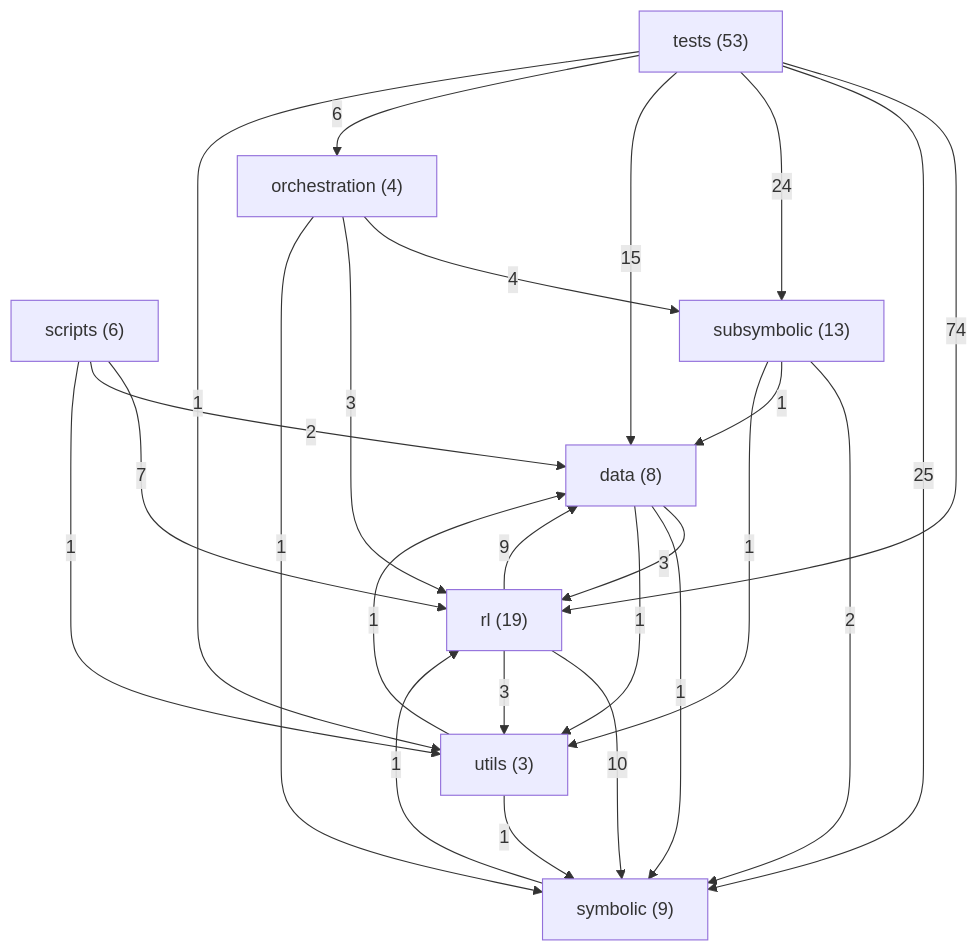
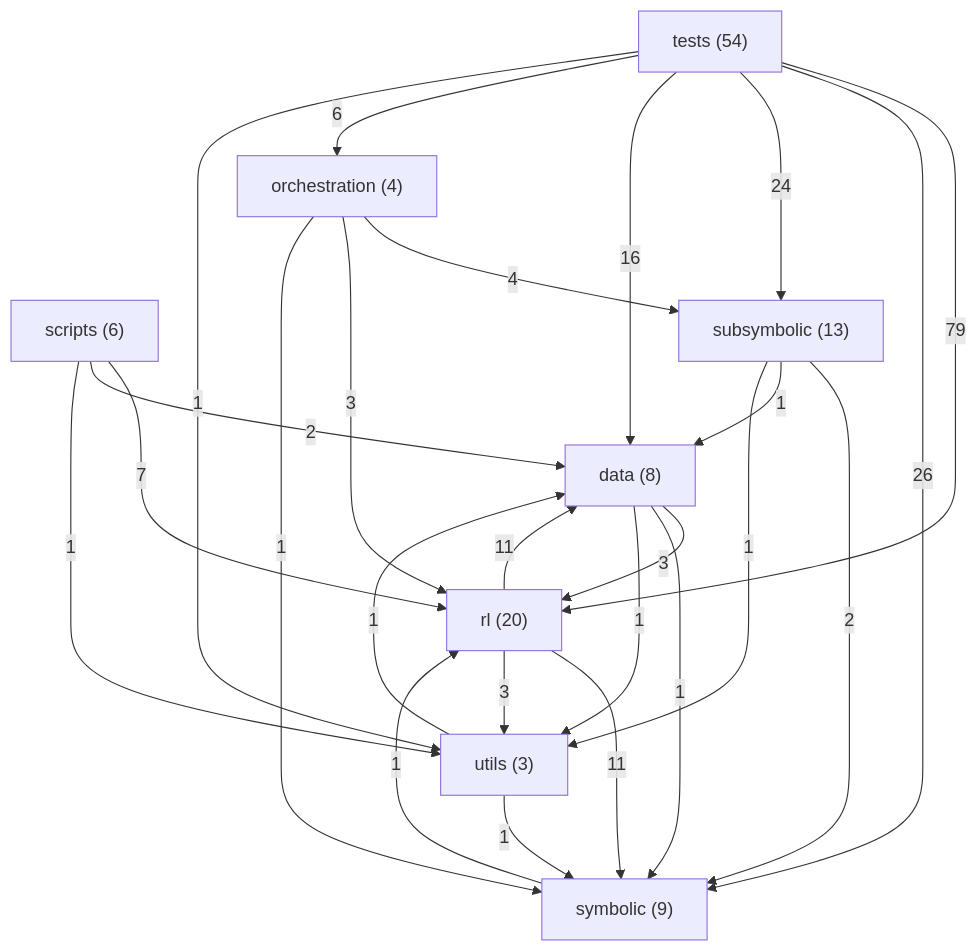
The diagram in ARCHITECTURE.md (danrd/ARC-AGI), drawn with Mermaid before and after one commit. The commit also changed other lines of this file and 6 other files, not shown here.

````diff
--- a/ARCHITECTURE.md
+++ b/ARCHITECTURE.md
@@ -127,35 +127,35 @@
 ```mermaid
 graph TD
   data["data (8)"]
   orchestration["orchestration (4)"]
-  rl["rl (19)"]
+  rl["rl (20)"]
   scripts["scripts (6)"]
   subsymbolic["subsymbolic (13)"]
   symbolic["symbolic (9)"]
-  tests["tests (53)"]
+  tests["tests (54)"]
   utils["utils (3)"]
-  tests -->|74| rl
-  tests -->|25| symbolic
+  tests -->|79| rl
+  tests -->|26| symbolic
   tests -->|24| subsymbolic
-  tests -->|15| data
-  rl -->|10| symbolic
-  rl -->|9| data
+  tests -->|16| data
+  rl -->|11| data
+  rl -->|11| symbolic
   scripts -->|7| rl
   tests -->|6| orchestration
   orchestration -->|4| subsymbolic
   data -->|3| rl
   orchestration -->|3| rl
   rl -->|3| utils
   scripts -->|2| data
   subsymbolic -->|2| symbolic
   data -->|1| symbolic
   data -->|1| utils
   orchestration -->|1| symbolic
   scripts -->|1| utils
   subsymbolic -->|1| data
   subsymbolic -->|1| utils
   symbolic -->|1| rl
   tests -->|1| utils
   utils -->|1| data
   utils -->|1| symbolic
 ```
````
